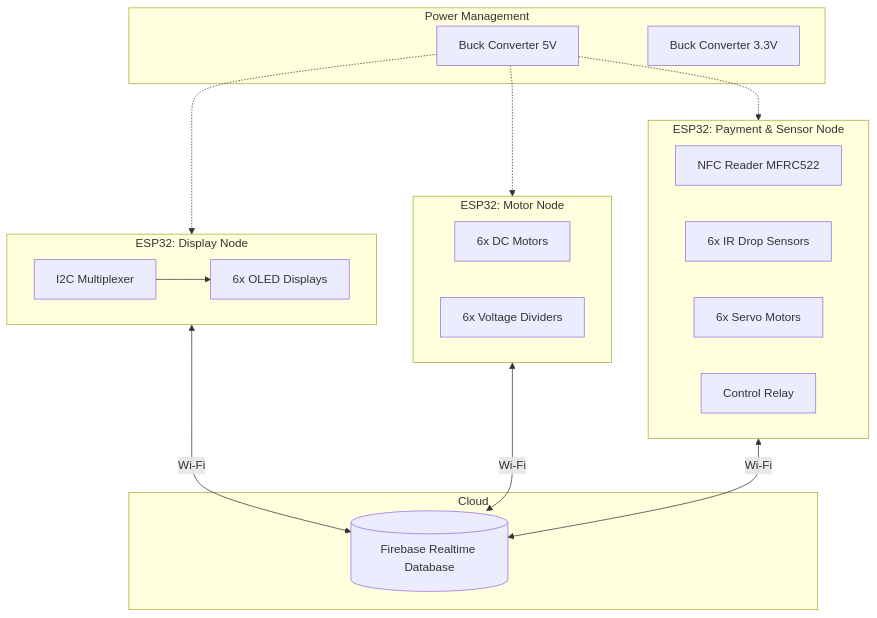
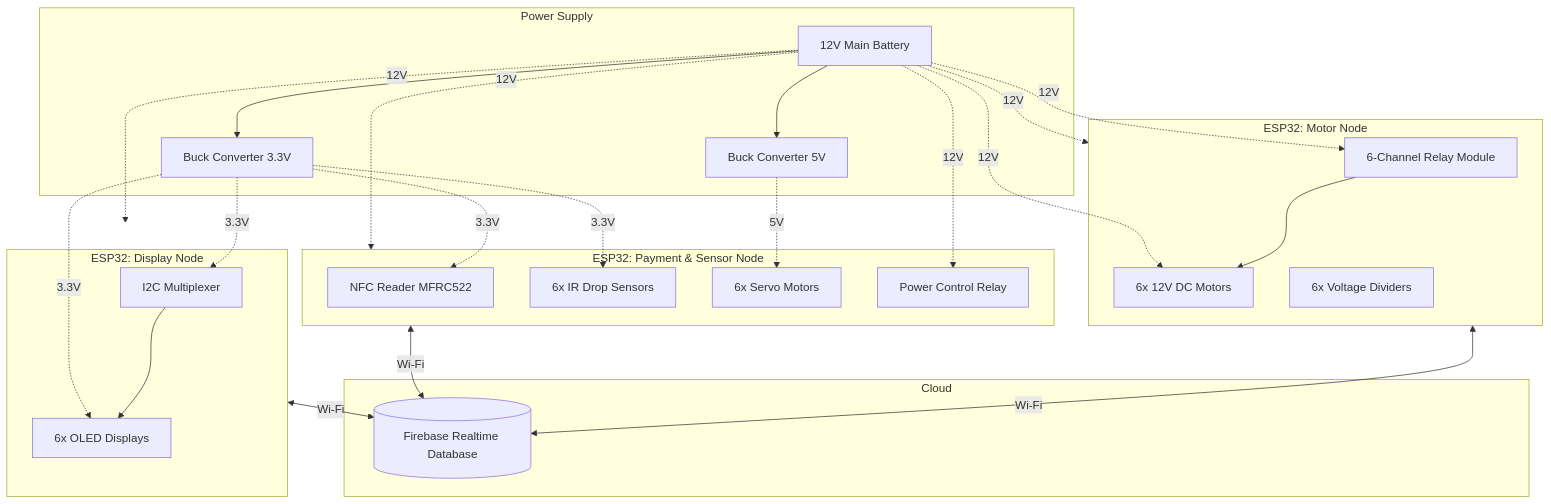
The diagram in README.md (pandolfodaniel11/Intelligent-Retail-Automation-Platform), drawn with Mermaid before and after one commit.

Commit message:
Revise README

````diff
--- a/README.md
+++ b/README.md
@@ -78,35 +78,53 @@
 ```mermaid
 graph TD
     subgraph Cloud
         FB[(Firebase Realtime Database)]
     end
 
-    subgraph Power Management
+    subgraph Power Supply
+        BAT[12V Main Battery]
         B5[Buck Converter 5V]
         B3[Buck Converter 3.3V]
+        
+        BAT --> B5
+        BAT --> B3
     end
 
     subgraph ESP32_1 [ESP32: Display Node]
         MUX[I2C Multiplexer] --> O1[6x OLED Displays]
     end
 
     subgraph ESP32_2 [ESP32: Motor Node]
-        M1[6x DC Motors]
+        RLY_M[6-Channel Relay Module] --> M1[6x 12V DC Motors]
         VD[6x Voltage Dividers]
     end
 
     subgraph ESP32_3 [ESP32: Payment & Sensor Node]
         NFC[NFC Reader MFRC522]
         IR[6x IR Drop Sensors]
         SRV[6x Servo Motors]
-        RLY[Control Relay]
+        RLY_P[Power Control Relay]
     end
 
+    %% Data / Logic Connections
     ESP32_1 <-->|Wi-Fi| FB
     ESP32_2 <-->|Wi-Fi| FB
     ESP32_3 <-->|Wi-Fi| FB
     
-    B5 -.-> ESP32_1
-    B5 -.-> ESP32_2
-    B5 -.-> ESP32_3
+    %% 12V Direct Power Routing
+    BAT -.->|12V| ESP32_1
+    BAT -.->|12V| ESP32_2
+    BAT -.->|12V| ESP32_3
+    BAT -.->|12V| M1
+    BAT -.->|12V| RLY_M
+    BAT -.->|12V| RLY_P
+    
+    %% 5V Power Routing
+    B5 -.->|5V| SRV
+    
+    %% 3.3V Power Routing
+    B3 -.->|3.3V| O1
+    B3 -.->|3.3V| MUX
+    B3 -.->|3.3V| NFC
+    B3 -.->|3.3V| IR
 ```
````
